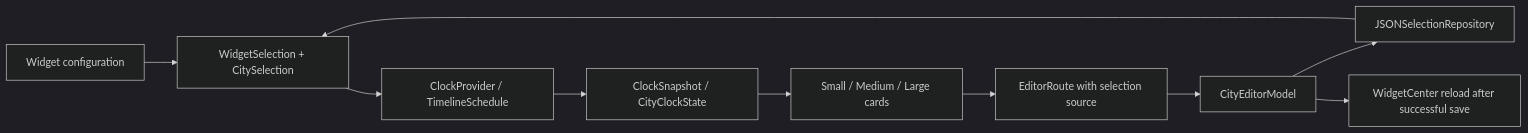
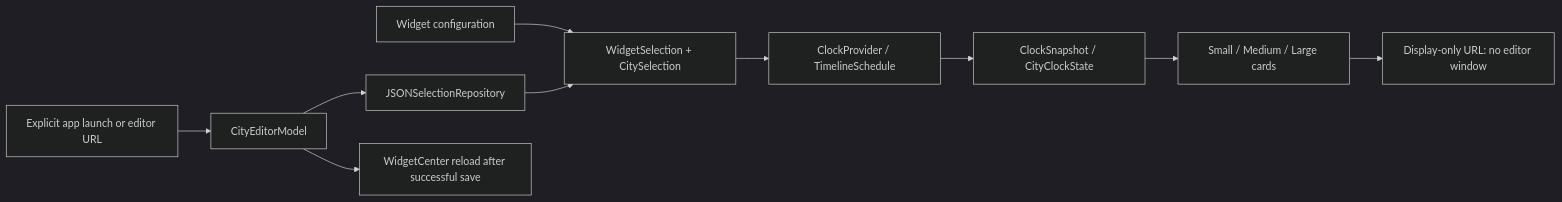
The diagram in docs/architecture.md (ac1982/world-clock-widget), drawn with Mermaid (dark theme) before and after one commit. The commit also changed other lines of this file and 8 other files, not shown here.

First line of the commit message:
Keep desktop widget clicks from opening the city editor

````diff
--- a/docs/architecture.md
+++ b/docs/architecture.md
@@ -9,12 +9,12 @@
 ```mermaid
 flowchart LR
     Intent[Widget configuration] --> Selection[WidgetSelection + CitySelection]
     JSON[JSONSelectionRepository] --> Selection
     Selection --> Timeline[ClockProvider / TimelineSchedule]
     Timeline --> Snapshot[ClockSnapshot / CityClockState]
     Snapshot --> Cards[Small / Medium / Large cards]
-    Cards --> Route[EditorRoute with selection source]
-    Route --> Editor[CityEditorModel]
+    Cards --> Passive[Display-only URL: no editor window]
+    Explicit[Explicit app launch or editor URL] --> Editor[CityEditorModel]
     Editor --> JSON
     Editor --> Reload[WidgetCenter reload after successful save]
 ```
````
